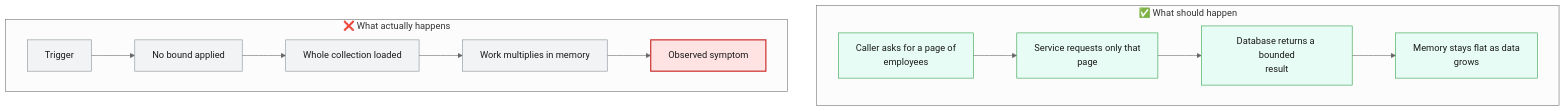
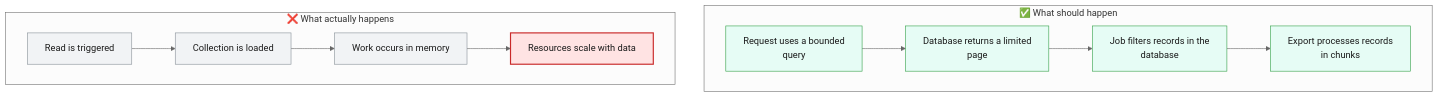
One commit to Udaradg/sample-java-project changed the first of 3 diagrams in docs/agent_output/02-root-cause/root_cause_ISSUE-001.md. Above: the diagram before and after it, drawn with Mermaid (neutral theme). The commit also changed other lines of this file and 52 other files, not shown here.

````diff
--- a/docs/agent_output/02-root-cause/root_cause_ISSUE-001.md
+++ b/docs/agent_output/02-root-cause/root_cause_ISSUE-001.md
@@ -52,29 +44,27 @@
 ```mermaid
 flowchart TB
   classDef broken fill:#ffe3e3,stroke:#c92a2a,stroke-width:2px,color:#1a1a1a
   classDef warn fill:#fff3bf,stroke:#e8590c,stroke-width:2px,color:#1a1a1a
   classDef ok fill:#e6fcf5,stroke:#2f9e44,stroke-width:1px,color:#1a1a1a
   classDef neutral fill:#f1f3f5,stroke:#868e96,stroke-width:1px,color:#1a1a1a
   subgraph EXPECTED["✅ What should happen"]
     direction LR
-    E0["Caller asks for a page of<br/>employees"]:::ok
-    E1["Service requests only that<br/>page"]:::ok
+    E0["Request uses a bounded<br/>query"]:::ok
+    E1["Database returns a limited<br/>page"]:::ok
     E0 --> E1
-    E2["Database returns a bounded<br/>result"]:::ok
+    E2["Job filters records in the<br/>database"]:::ok
     E1 --> E2
-    E3["Memory stays flat as data<br/>grows"]:::ok
+    E3["Export processes records<br/>in chunks"]:::ok
     E2 --> E3
   end
   subgraph ACTUAL["❌ What actually happens"]
     direction LR
-    A0["Trigger"]:::neutral
-    A1["No bound applied"]:::neutral
+    A0["Read is triggered"]:::neutral
+    A1["Collection is loaded"]:::neutral
     A0 --> A1
-    A2["Whole collection loaded"]:::neutral
+    A2["Work occurs in memory"]:::neutral
     A1 --> A2
-    A3["Work multiplies in memory"]:::neutral
+    A3["Resources scale with data"]:::broken
     A2 --> A3
-    A4["Observed symptom"]:::broken
-    A3 --> A4
   end
 ```
````
